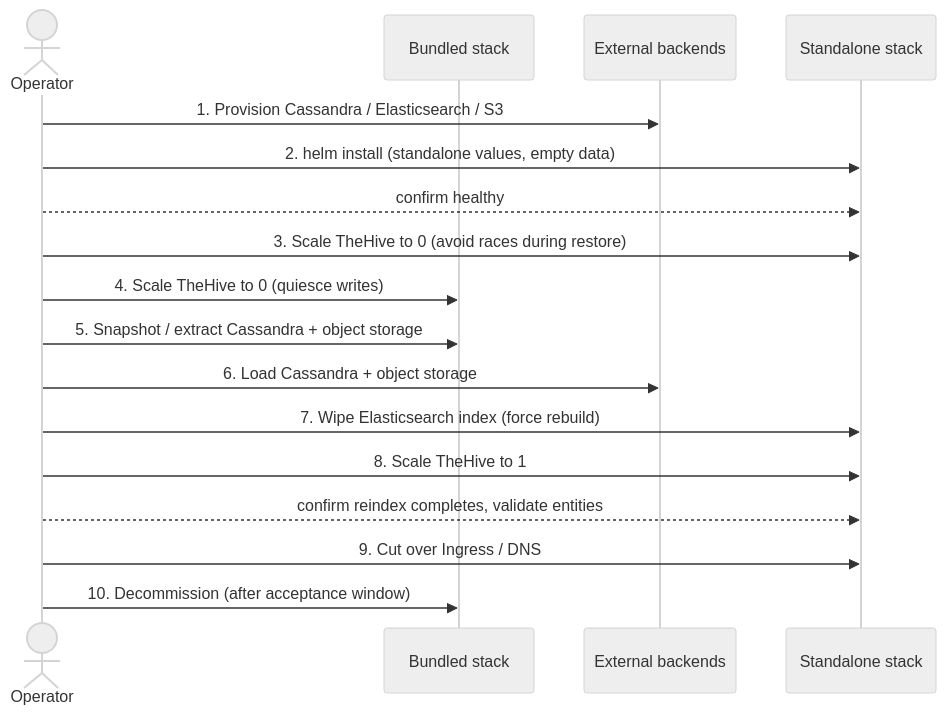
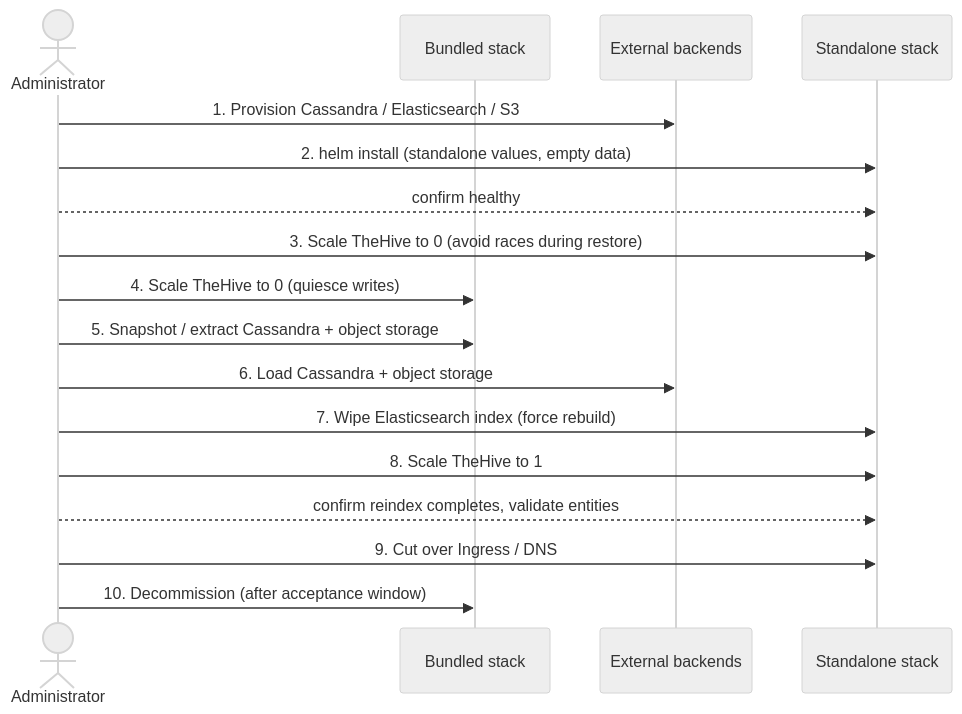
The third of 3 diagrams in thehive-charts/thehive/scenarios/migration/README.md (StrangeBeeCorp/helm-charts), drawn with Mermaid (neutral theme) before and after one commit. The commit also changed other lines of this file and 3 other files, not shown here.

````diff
--- a/thehive-charts/thehive/scenarios/migration/README.md
+++ b/thehive-charts/thehive/scenarios/migration/README.md
@@ -152,20 +152,20 @@
 ```mermaid
 sequenceDiagram
-    actor Op as Operator
+    actor Op as Administrator
     participant Bundled as Bundled stack
     participant ExtBackends as External backends
     participant Standalone as Standalone stack
 
     Op->>ExtBackends: 1. Provision Cassandra / Elasticsearch / S3
     Op->>Standalone: 2. helm install (standalone values, empty data)
     Op-->>Standalone: confirm healthy
     Op->>Standalone: 3. Scale TheHive to 0 (avoid races during restore)
     Op->>Bundled: 4. Scale TheHive to 0 (quiesce writes)
     Op->>Bundled: 5. Snapshot / extract Cassandra + object storage
     Op->>ExtBackends: 6. Load Cassandra + object storage
     Op->>Standalone: 7. Wipe Elasticsearch index (force rebuild)
     Op->>Standalone: 8. Scale TheHive to 1
     Op-->>Standalone: confirm reindex completes, validate entities
     Op->>Standalone: 9. Cut over Ingress / DNS
     Op->>Bundled: 10. Decommission (after acceptance window)
 ```
````
